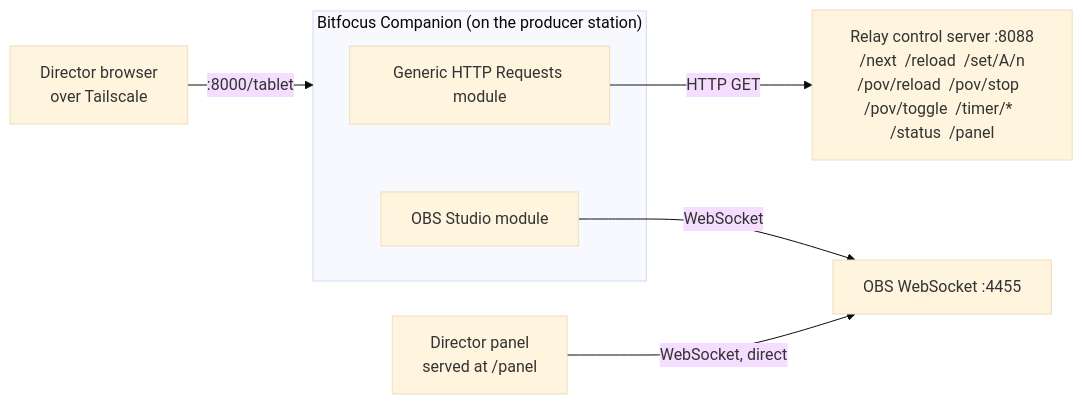
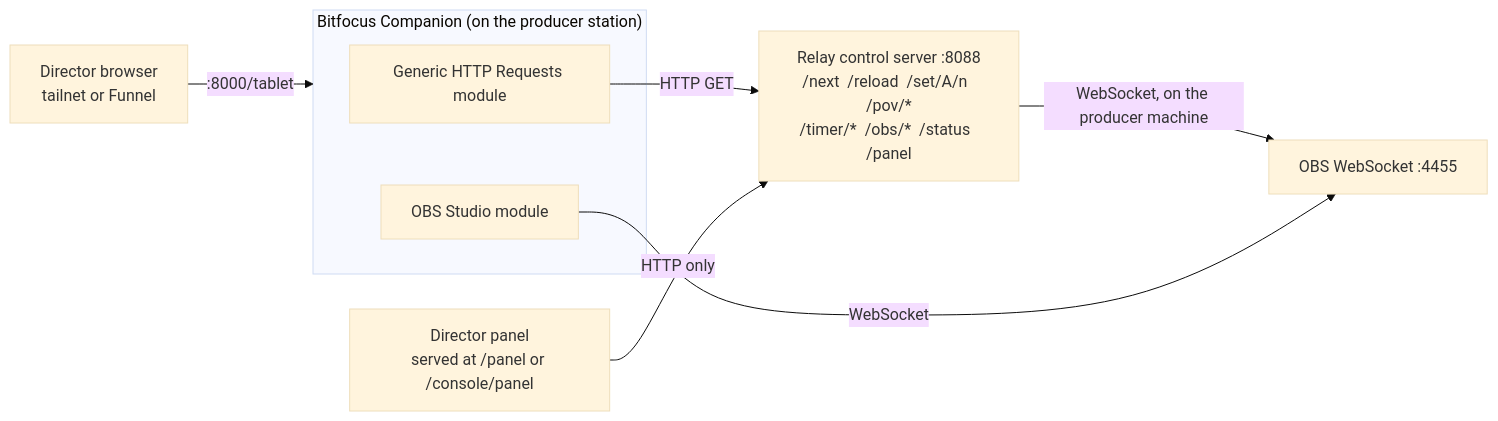
Before and after one commit to jegr78/gt-endurance-racing-broadcast: the third of 4 diagrams in src/docs/wiki/Architecture.md, drawn with Mermaid (base theme). The commit also changed other lines of this file and 6 other files, not shown here.

First line of the commit message:
docs(wiki): document role-based Funnel access & the /console boundary (#216)

````diff
--- a/src/docs/wiki/Architecture.md
+++ b/src/docs/wiki/Architecture.md
@@ -136,13 +140,14 @@
 ```mermaid
 flowchart LR
   subgraph Companion["Bitfocus Companion (on the producer station)"]
     GH["Generic HTTP Requests module"]
     OM["OBS Studio module"]
   end
 
-  GH -->|"HTTP GET"| EP["Relay control server :8088<br/>/next  /reload  /set/A/n<br/>/pov/reload  /pov/stop  /pov/toggle  /timer/*  /status  /panel"]
-  OM -->|"WebSocket"| WS["OBS WebSocket :4455"]
-  PANEL["Director panel<br/>served at /panel"] -->|"WebSocket, direct"| WS
+  GH -->|"HTTP GET"| EP["Relay control server :8088<br/>/next  /reload  /set/A/n  /pov/*<br/>/timer/*  /obs/*  /status  /panel"]
+  PANEL["Director panel<br/>served at /panel or /console/panel"] -->|"HTTP only"| EP
+  EP -->|"WebSocket, on the producer machine"| WS["OBS WebSocket :4455"]
+  OM -->|"WebSocket"| WS
 
-  DIR["Director browser<br/>over Tailscale"] -->|":8000/tablet"| Companion
+  DIR["Director browser<br/>tailnet or Funnel"] -->|":8000/tablet"| Companion
 ```
````
